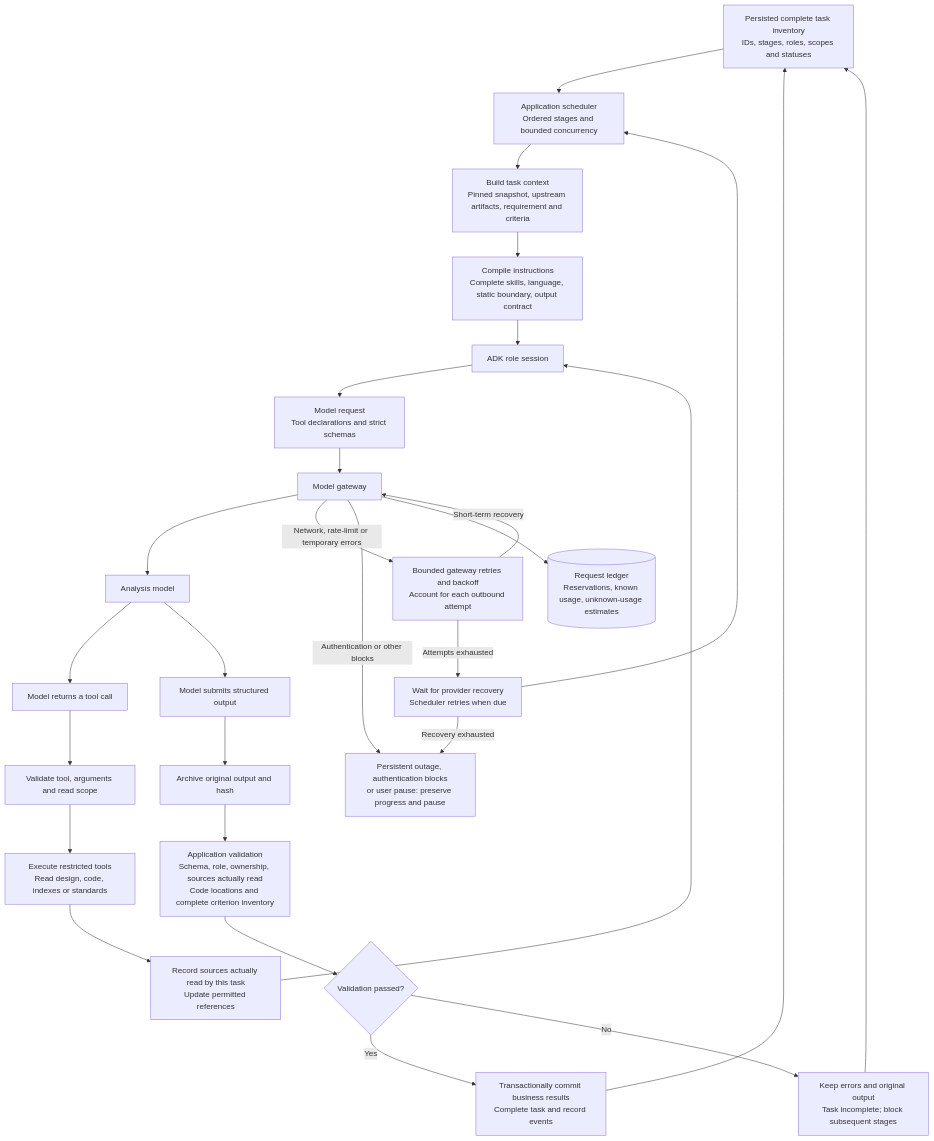
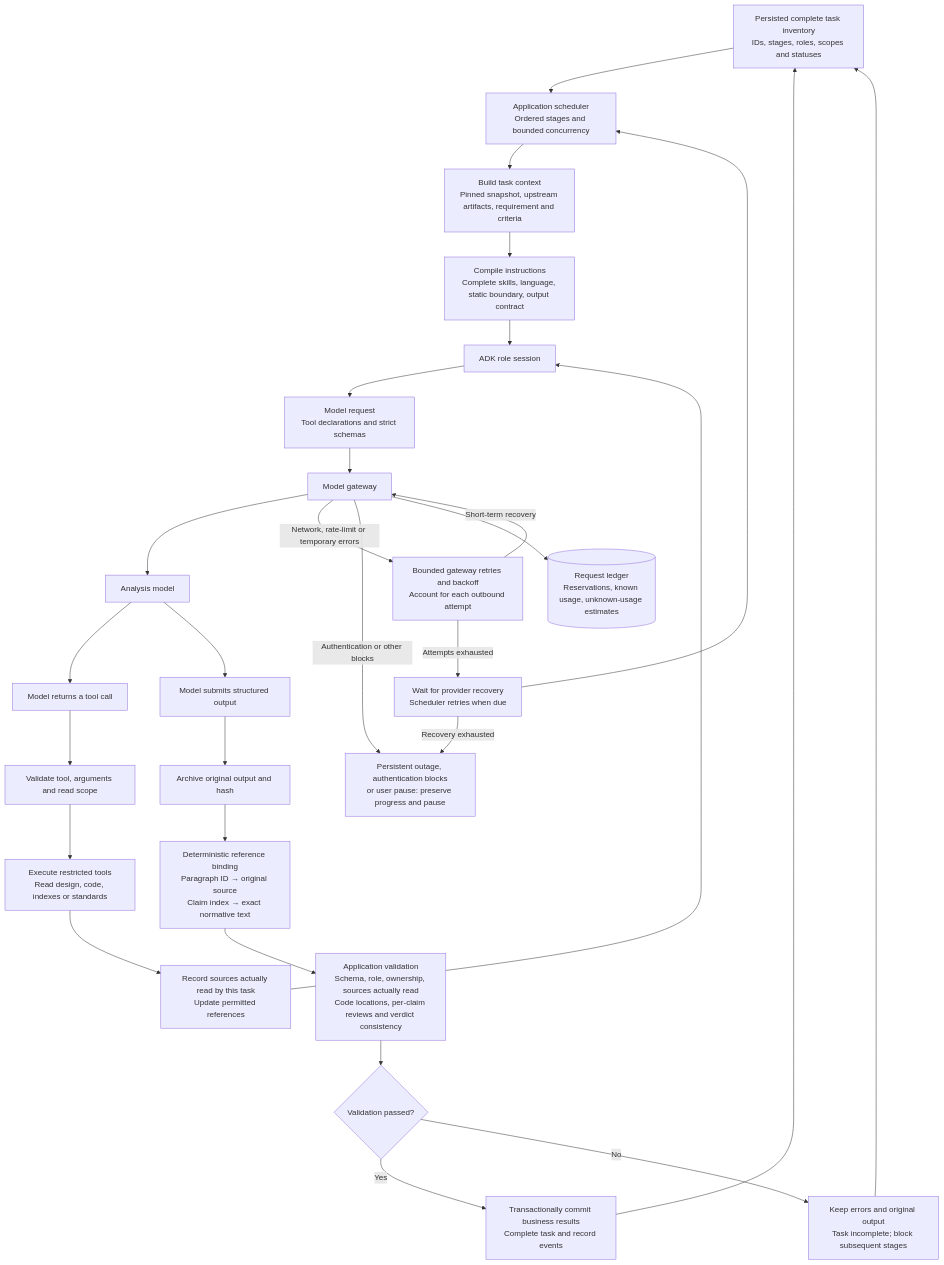
Before and after one commit to devB2433/PAthena: the fifth of 7 diagrams in README.en.md, drawn with Mermaid. The commit also changed other lines of this file and 45 other files, not shown here.

Commit message:
Bind requirement sources and per-claim reviews with canonical static contracts

````diff
--- a/README.en.md
+++ b/README.en.md
@@ -311,52 +311,54 @@
 ```mermaid
 flowchart TB
     TASKS["Persisted complete task inventory<br/>IDs, stages, roles, scopes and statuses"]
     SCHED["Application scheduler<br/>Ordered stages and bounded concurrency"]
     CONTEXT["Build task context<br/>Pinned snapshot, upstream artifacts, requirement and criteria"]
     PROMPT["Compile instructions<br/>Complete skills, language, static boundary, output contract"]
     SESSION["ADK role session"]
     REQUEST["Model request<br/>Tool declarations and strict schemas"]
     GATEWAY["Model gateway"]
     MODEL["Analysis model"]
     TOOLCALL["Model returns a tool call"]
     TOOLCHECK["Validate tool, arguments and read scope"]
     READ["Execute restricted tools<br/>Read design, code, indexes or standards"]
     READLOG["Record sources actually read by this task<br/>Update permitted references"]
     SUBMIT["Model submits structured output"]
     ARCHIVE["Archive original output and hash"]
-    CHECK["Application validation<br/>Schema, role, ownership, sources actually read<br/>Code locations and complete criterion inventory"]
+    REFERENCE["Deterministic reference binding<br/>Paragraph ID → original source<br/>Claim index → exact normative text"]
+    CHECK["Application validation<br/>Schema, role, ownership, sources actually read<br/>Code locations, per-claim reviews and verdict consistency"]
     VALID{"Validation passed?"}
     COMMIT["Transactionally commit business results<br/>Complete task and record events"]
     FAIL["Keep errors and original output<br/>Task incomplete; block subsequent stages"]
     RETRY["Bounded gateway retries and backoff<br/>Account for each outbound attempt"]
     WAIT["Wait for provider recovery<br/>Scheduler retries when due"]
     PAUSE["Persistent outage, authentication blocks<br/>or user pause: preserve progress and pause"]
     LEDGER[("Request ledger<br/>Reservations, known usage, unknown-usage estimates")]
     TASKS --> SCHED
     SCHED --> CONTEXT
     CONTEXT --> PROMPT
     PROMPT --> SESSION
     SESSION --> REQUEST
     REQUEST --> GATEWAY
     GATEWAY --> MODEL
     MODEL --> TOOLCALL
     TOOLCALL --> TOOLCHECK
     TOOLCHECK --> READ
     READ --> READLOG
     READLOG --> SESSION
     MODEL --> SUBMIT
     SUBMIT --> ARCHIVE
-    ARCHIVE --> CHECK
+    ARCHIVE --> REFERENCE
+    REFERENCE --> CHECK
     CHECK --> VALID
     VALID -->|"Yes"| COMMIT
     COMMIT --> TASKS
     VALID -->|"No"| FAIL
     FAIL --> TASKS
     GATEWAY -->|"Network, rate-limit or temporary errors"| RETRY
     RETRY -->|"Short-term recovery"| GATEWAY
     RETRY -->|"Attempts exhausted"| WAIT
     WAIT --> SCHED
     WAIT -->|"Recovery exhausted"| PAUSE
     GATEWAY -->|"Authentication or other blocks"| PAUSE
     GATEWAY --> LEDGER
 ```
````
